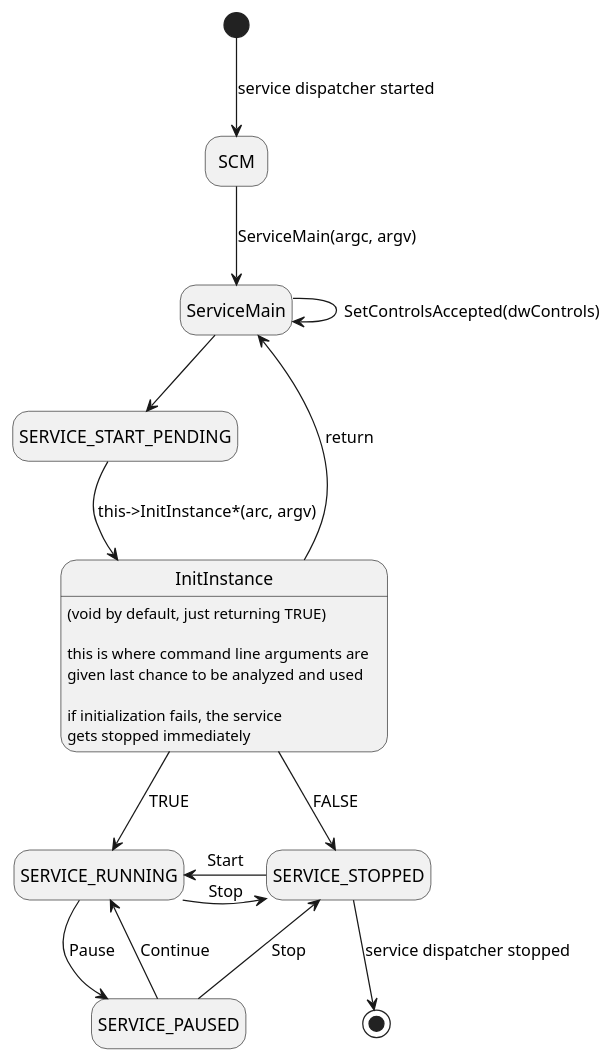
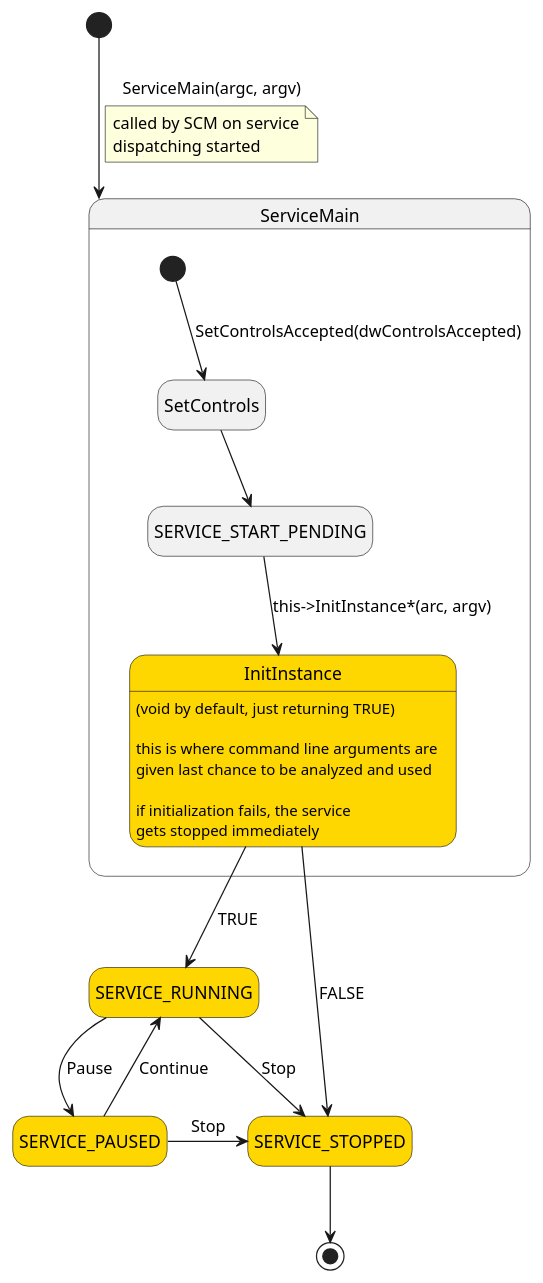
One commit to ivartanov/sfl2 changed the diagram in doc/diagrams/svcLifeCycle.puml. Above: the diagram before and after it, drawn with PlantUML. The commit also changed 4 other files, not shown here.

Commit message:
[doc] improve diagram layouts

```diff
--- a/doc/diagrams/svcLifeCycle.puml
+++ b/doc/diagrams/svcLifeCycle.puml
@@ -1,26 +1,38 @@
 @startuml ../images/svcLifeCycle
 
 hide empty description
 
-[*] --> SCM : service dispatcher started
-SCM --> ServiceMain : ServiceMain(argc, argv)
-ServiceMain -> ServiceMain : SetControlsAccepted(dwControls)
-ServiceMain --> SERVICE_START_PENDING
-SERVICE_START_PENDING --> InitInstance: this->InitInstance*(arc, argv)
-InitInstance --> ServiceMain : return
-InitInstance --> SERVICE_STOPPED : FALSE
+[*] --> ServiceMain : ServiceMain(argc, argv)
+
+note on link
+  called by SCM on service
+  dispatching started
+end note
+
+state ServiceMain {
+
+  [*] --> SetControls : SetControlsAccepted(dwControlsAccepted)
+  SetControls --> SERVICE_START_PENDING
+  SERVICE_START_PENDING --> InitInstance: this->InitInstance*(arc, argv)
+  state InitInstance #gold
+}
+
 InitInstance --> SERVICE_RUNNING : TRUE
 InitInstance : (void by default, just returning TRUE)\n
 InitInstance : this is where command line arguments are
 InitInstance : given last chance to be analyzed and used\n
 InitInstance : if initialization fails, the service
 InitInstance : gets stopped immediately
 
+InitInstance --> SERVICE_STOPPED : FALSE
+SERVICE_STOPPED --> [*]
 SERVICE_RUNNING -> SERVICE_STOPPED : Stop
-SERVICE_STOPPED -> SERVICE_RUNNING : Start
 SERVICE_RUNNING --> SERVICE_PAUSED : Pause
 SERVICE_PAUSED --> SERVICE_RUNNING : Continue
 SERVICE_PAUSED -> SERVICE_STOPPED : Stop
-SERVICE_STOPPED --> [*] : service dispatcher stopped
+
+state SERVICE_RUNNING #gold
+state SERVICE_PAUSED  #gold
+state SERVICE_STOPPED #gold
 
 @enduml
```
